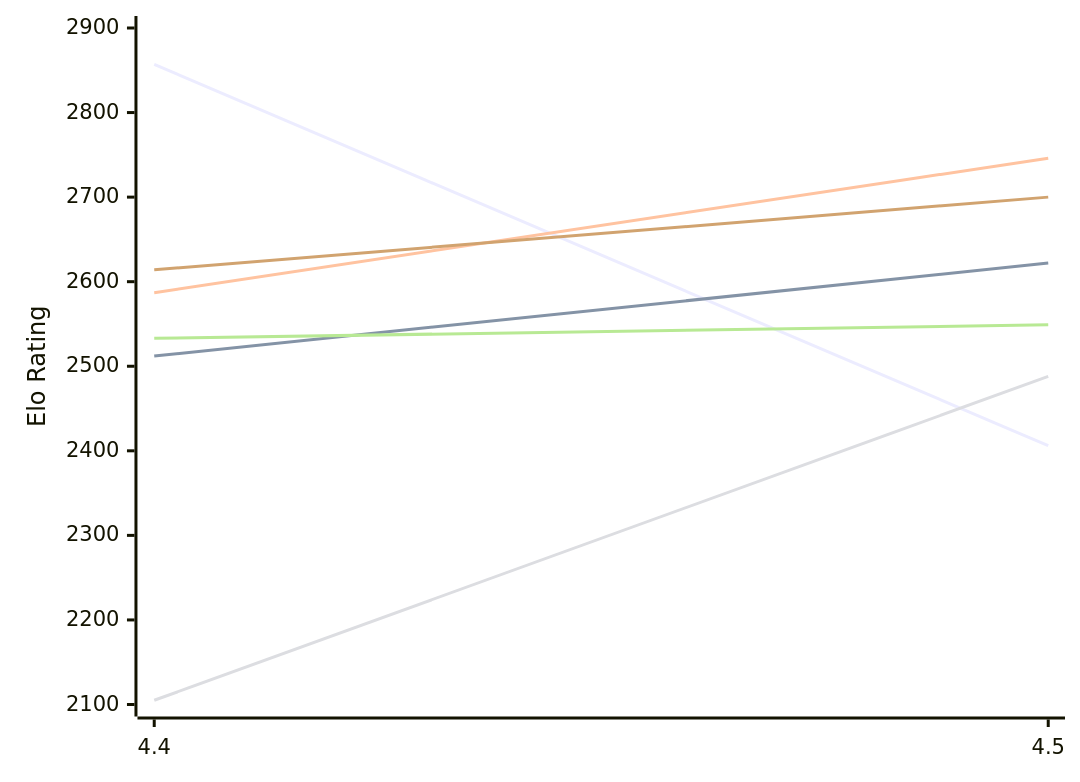
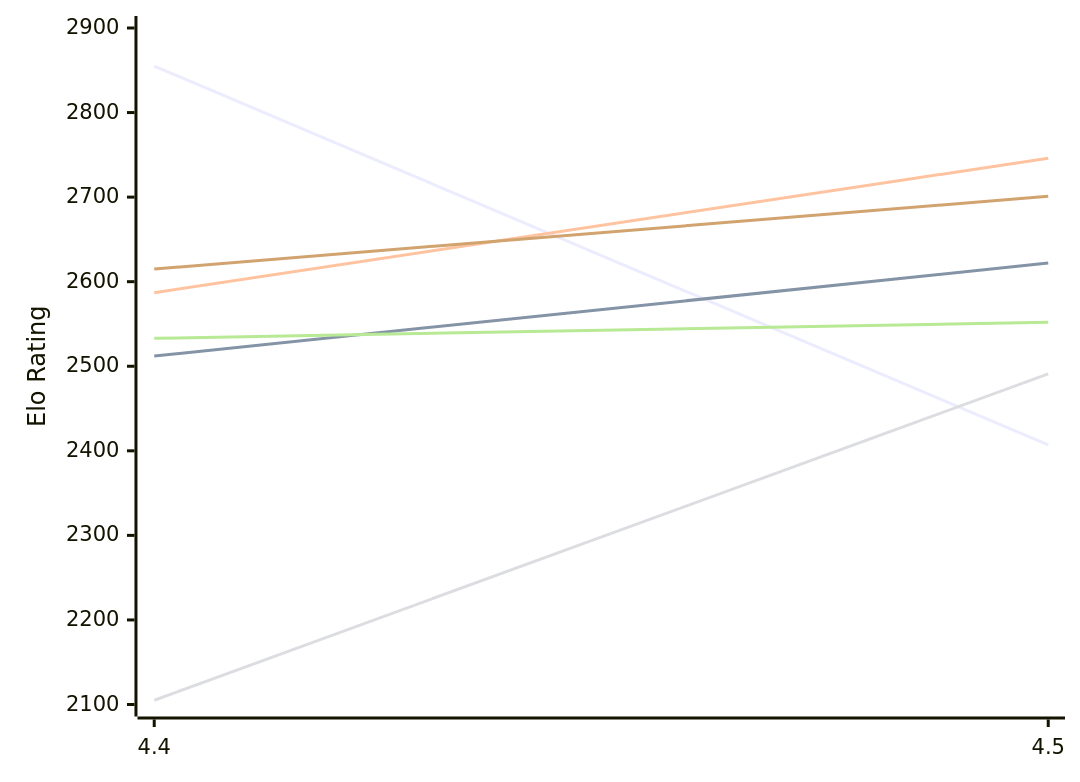
One commit to computer-chess-index/cci changed the first of 2 diagrams in engines/Eubos.md. Above: the diagram before and after it, drawn with Mermaid. The commit also changed other lines of this file, not shown here.

Commit message:
Update CCI Ratings (ELO VLTC) - 2026-11-19

````diff
--- a/engines/Eubos.md
+++ b/engines/Eubos.md
@@ -52,12 +52,12 @@
 ```mermaid
 %%{init: {"theme":"base","themeVariables":{"seriesColors:['#a3a3a3','#222221','#faa371']}}}%%
 xychart-beta
   x-axis ["4.4", "4.5"]
   y-axis "Elo Rating" 2100 --> 2900
-  line "E1: STC (8.0+0.08s)" [2857, 2406]
+  line "E1: STC (8.0+0.08s)" [2855, 2407]
   line "E1: LTC (60.0+0.60s)" [2512, 2622]
   line "E1: VLTC (2m24s+1.12s)" [2587, 2746]
-  line "P1: STC (8.0+0.08s)" [2105, 2488]
-  line "P1: LTC (60.0+0.60s)" [2533, 2549]
-  line "P1: VLTC (2m24s+1.12s)" [2614, 2700]
+  line "P1: STC (8.0+0.08s)" [2105, 2491]
+  line "P1: LTC (60.0+0.60s)" [2533, 2552]
+  line "P1: VLTC (2m24s+1.12s)" [2615, 2701]
 ```
````
